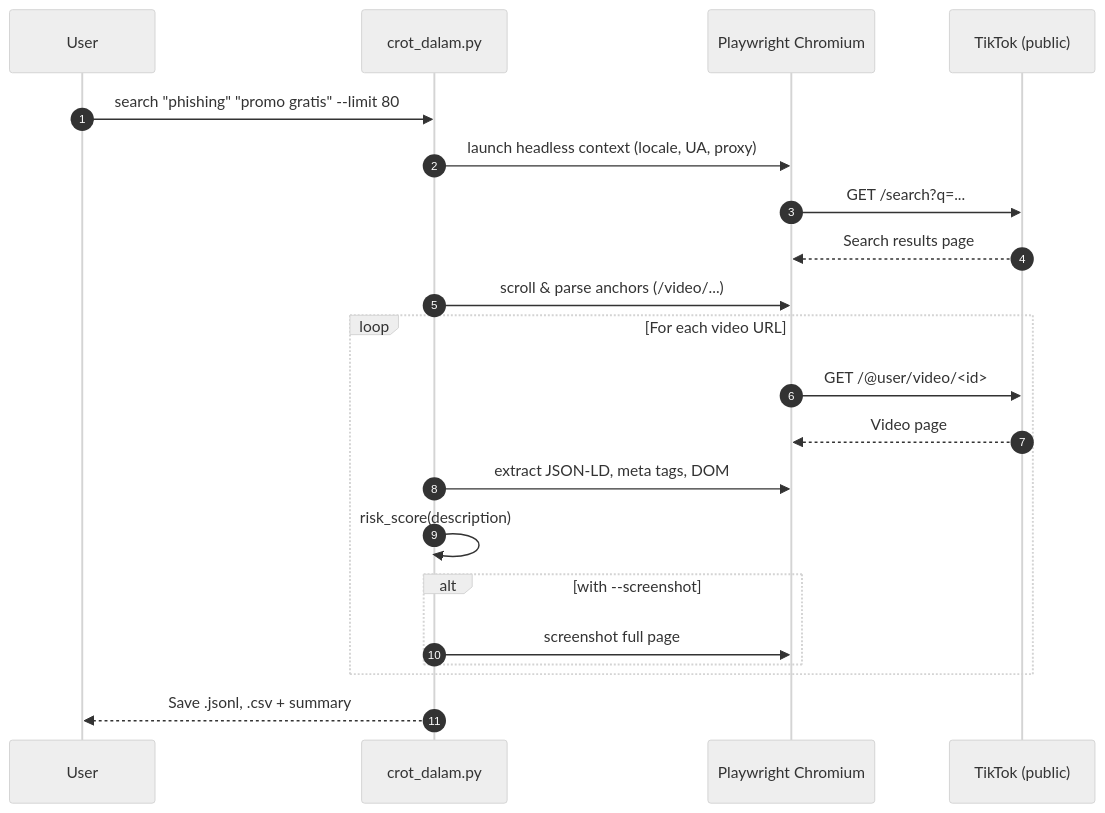
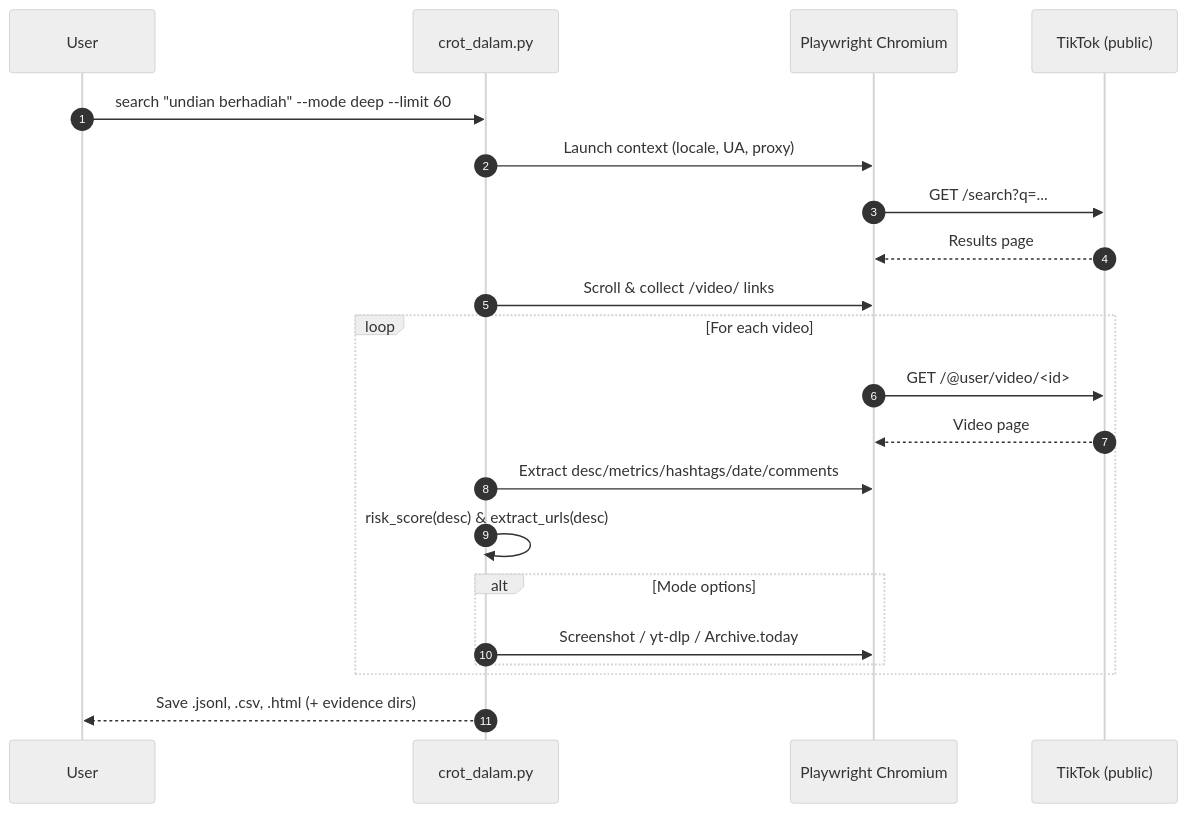
One commit to Kushalgv36/CrotDalam changed the second of 2 diagrams in README.md. Above: the diagram before and after it, drawn with Mermaid (neutral theme). The commit also changed other lines of this file, not shown here.

````diff
--- a/README.md
+++ b/README.md
@@ -39,24 +75,24 @@
 ```mermaid
 sequenceDiagram
     autonumber
     participant U as User
     participant CLI as crot_dalam.py
     participant PW as Playwright Chromium
     participant T as TikTok (public)
 
-    U->>CLI: search "phishing" "promo gratis" --limit 80
-    CLI->>PW: launch headless context (locale, UA, proxy)
+    U->>CLI: search "undian berhadiah" --mode deep --limit 60
+    CLI->>PW: Launch context (locale, UA, proxy)
     PW->>T: GET /search?q=...
-    T-->>PW: Search results page
-    CLI->>PW: scroll & parse anchors (/video/...)
-    loop For each video URL
+    T-->>PW: Results page
+    CLI->>PW: Scroll & collect /video/ links
+    loop For each video
         PW->>T: GET /@user/video/<id>
         T-->>PW: Video page
-        CLI->>PW: extract JSON-LD, meta tags, DOM
-        CLI->>CLI: risk_score(description)
-        alt with --screenshot
-            CLI->>PW: screenshot full page
+        CLI->>PW: Extract desc/metrics/hashtags/date/comments
+        CLI->>CLI: risk_score(desc) & extract_urls(desc)
+        alt Mode options
+            CLI->>PW: Screenshot / yt‑dlp / Archive.today
         end
     end
-    CLI-->>U: Save .jsonl, .csv + summary
+    CLI-->>U: Save .jsonl, .csv, .html (+ evidence dirs)
 ```
````
